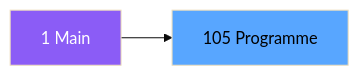
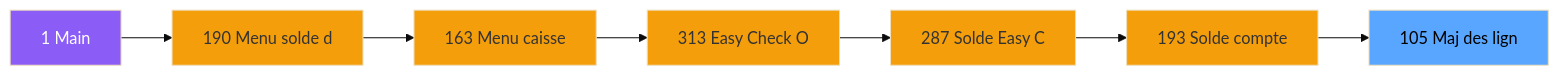
One commit to thonyAGP/magic-migration changed the second of 3 diagrams in .openspec/specs/ADH-IDE-105.md. Above: the diagram before and after it, drawn with Mermaid (base theme). The commit also changed other lines of this file and 323 other files, not shown here.

````diff
--- a/.openspec/specs/ADH-IDE-105.md
+++ b/.openspec/specs/ADH-IDE-105.md
@@ -101,8 +127,23 @@
 ```mermaid
 graph LR
     M[1 Main]
-    T[105 Programme]
-    M --> T
+    N190[190 Menu solde d]
+    N163[163 Menu caisse ]
+    N313[313 Easy Check O]
+    N287[287 Solde Easy C]
+    N193[193 Solde compte]
+    T[105 Maj des lign]
+    M --> N190
+    N190 --> N163
+    N163 --> N313
+    N313 --> N287
+    N287 --> N193
+    N193 --> T
     style M fill:#8b5cf6,color:#fff
+    style N190 fill:#f59e0b
+    style N163 fill:#f59e0b
+    style N313 fill:#f59e0b
+    style N287 fill:#f59e0b
+    style N193 fill:#f59e0b
     style T fill:#58a6ff,color:#000
 ```
````
